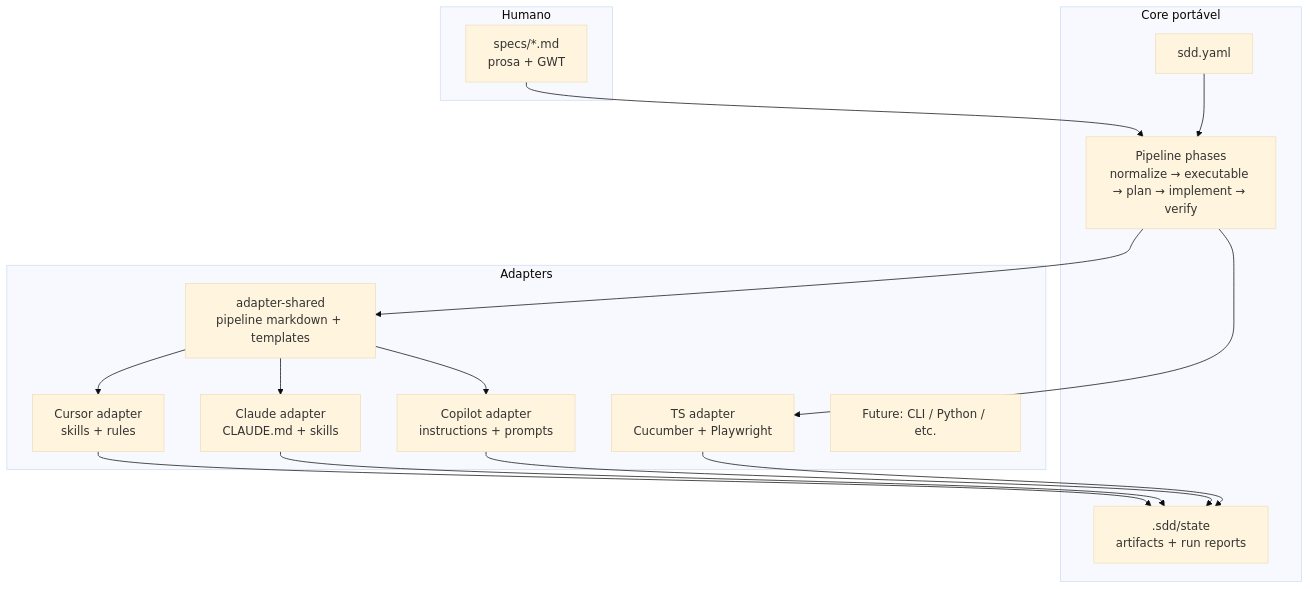
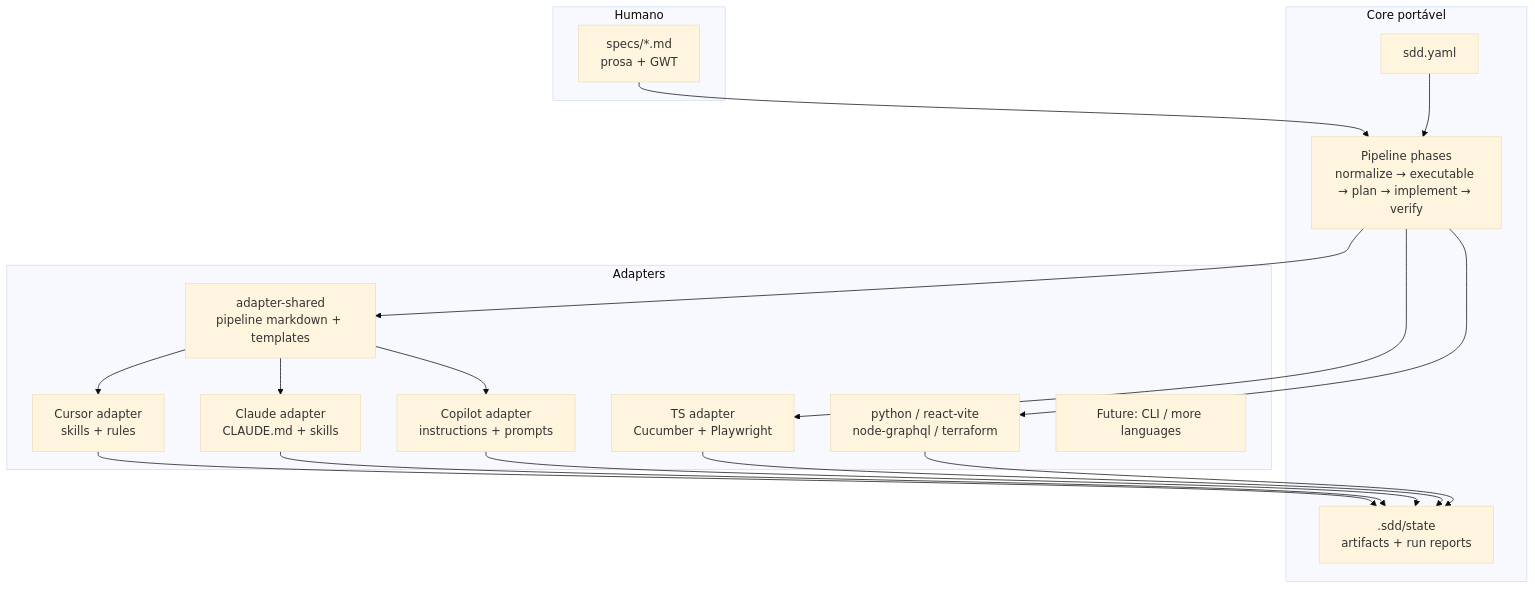
Before and after one commit to rogeriobatista/sdd-dev-kit: the first of 2 diagrams in docs/superpowers/specs/2026-11-24-sdd-dev-kit-design.md, drawn with Mermaid (base theme). The commit also changed other lines of this file and 141 other files, not shown here.

First line of the commit message:
Add first-class stack adapters for Python, React/Vite, Node GraphQL, and Terraform.

````diff
--- a/docs/superpowers/specs/2026-11-24-sdd-dev-kit-design.md
+++ b/docs/superpowers/specs/2026-11-24-sdd-dev-kit-design.md
@@ -25,33 +25,36 @@
 ```mermaid
 flowchart TB
   subgraph human [Humano]
     Specs["specs/*.md\nprosa + GWT"]
   end
 
   subgraph core [Core portável]
     Manifest["sdd.yaml"]
     Protocol["Pipeline phases\nnormalize → executable → plan → implement → verify"]
     State[".sdd/state\nartifacts + run reports"]
   end
 
   subgraph adapters [Adapters]
     Shared["adapter-shared\npipeline markdown + templates"]
     Cursor["Cursor adapter\nskills + rules"]
     Claude["Claude adapter\nCLAUDE.md + skills"]
     Copilot["Copilot adapter\ninstructions + prompts"]
     Ts["TS adapter\nCucumber + Playwright"]
-    Future["Future: CLI / Python / etc."]
+    Stacks["python / react-vite\nnode-graphql / terraform"]
+    Future["Future: CLI / more languages"]
   end
 
   Specs --> Protocol
   Manifest --> Protocol
   Protocol --> Shared
   Shared --> Cursor
   Shared --> Claude
   Shared --> Copilot
   Protocol --> Ts
+  Protocol --> Stacks
   Cursor --> State
   Claude --> State
   Copilot --> State
   Ts --> State
+  Stacks --> State
 ```
````
